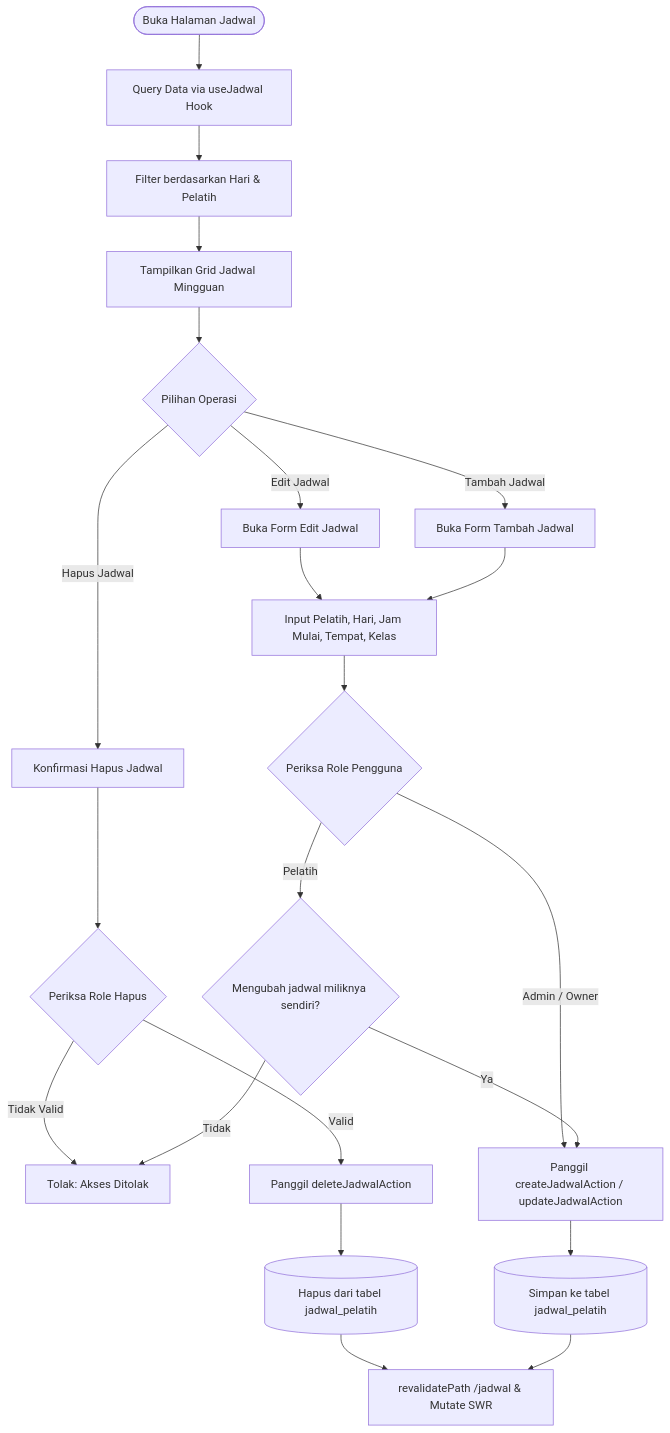
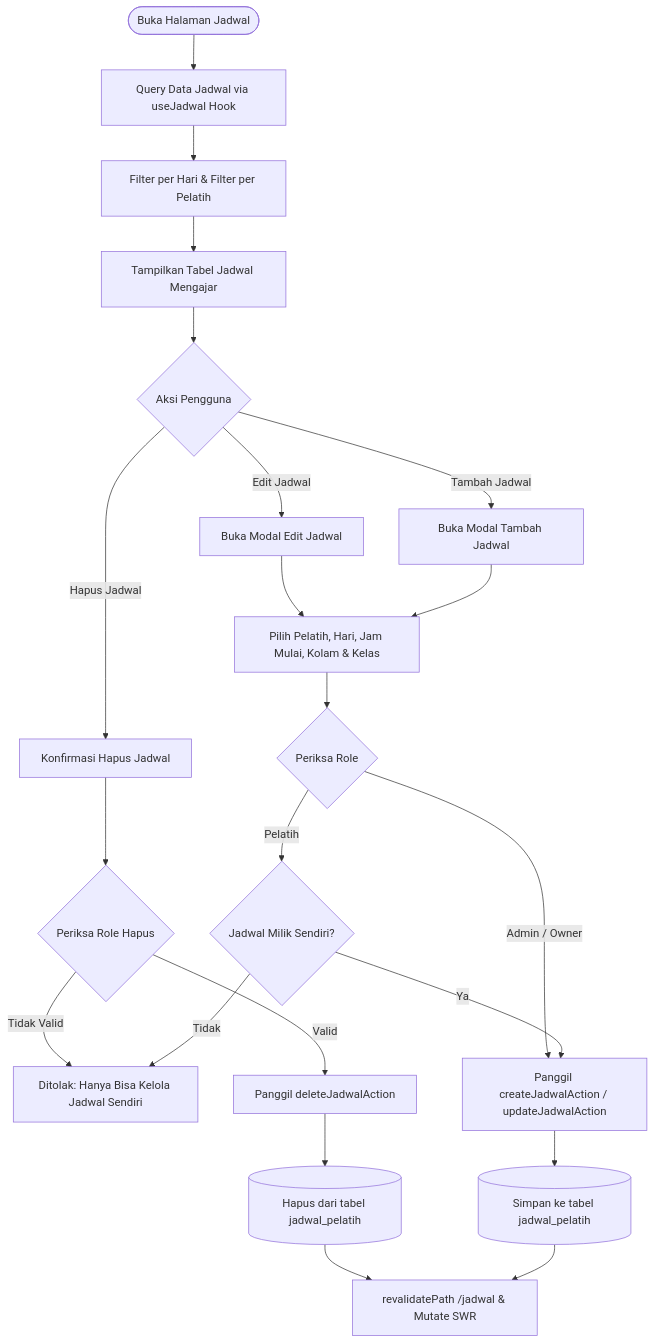
Before and after one commit to skmirwn24-hub/Projek-Kesit: the sixth of 9 diagrams in README.md, drawn with Mermaid. The commit also changed other lines of this file, not shown here.

Commit message:
docs: align flowcharts strictly with implemented features

````diff
--- a/README.md
+++ b/README.md
@@ -289,31 +298,31 @@
 ```mermaid
 flowchart TD
-    Start([Buka Halaman Jadwal]) --> LoadSchedule[Query Data via useJadwal Hook]
-    LoadSchedule --> FilterDayCoach[Filter berdasarkan Hari & Pelatih]
-    FilterDayCoach --> DisplayGrid[Tampilkan Grid Jadwal Mingguan]
+    Start([Buka Halaman Jadwal]) --> LoadData[Query Data Jadwal via useJadwal Hook]
+    LoadData --> FilterGrid[Filter per Hari & Filter per Pelatih]
+    FilterGrid --> DisplayGrid[Tampilkan Tabel Jadwal Mengajar]
     
-    DisplayGrid --> ScheduleAction{Pilihan Operasi}
+    DisplayGrid --> ChooseAction{Aksi Pengguna}
     
-    ScheduleAction -->|Tambah Jadwal| OpenAddModal[Buka Form Tambah Jadwal]
-    ScheduleAction -->|Edit Jadwal| OpenEditModal[Buka Form Edit Jadwal]
-    ScheduleAction -->|Hapus Jadwal| ConfirmDelete[Konfirmasi Hapus Jadwal]
+    ChooseAction -->|Tambah Jadwal| ModalAdd[Buka Modal Tambah Jadwal]
+    ChooseAction -->|Edit Jadwal| ModalEdit[Buka Modal Edit Jadwal]
+    ChooseAction -->|Hapus Jadwal| ConfirmDel[Konfirmasi Hapus Jadwal]
     
-    OpenAddModal --> FillSchedule[Input Pelatih, Hari, Jam Mulai, Tempat, Kelas]
-    OpenEditModal --> FillSchedule
+    ModalAdd --> FillData[Pilih Pelatih, Hari, Jam Mulai, Kolam & Kelas]
+    ModalEdit --> FillData
     
-    FillSchedule --> CheckAuth{Periksa Role Pengguna}
-    CheckAuth -->|Pelatih| CheckSelfCoach{Mengubah jadwal miliknya sendiri?}
-    CheckSelfCoach -- Tidak --> AccessDenied[Tolak: Akses Ditolak]
-    CheckSelfCoach -- Ya --> SaveScheduleAction[Panggil createJadwalAction / updateJadwalAction]
+    FillData --> RoleCheck{Periksa Role}
+    RoleCheck -->|Pelatih| CheckSelf{Jadwal Milik Sendiri?}
+    CheckSelf -- Tidak --> Deny[Ditolak: Hanya Bisa Kelola Jadwal Sendiri]
+    CheckSelf -- Ya --> ExecSave[Panggil createJadwalAction / updateJadwalAction]
     
-    CheckAuth -->|Admin / Owner| SaveScheduleAction
+    RoleCheck -->|Admin / Owner| ExecSave
     
-    ConfirmDelete --> CheckAuthDelete{Periksa Role Hapus}
-    CheckAuthDelete -->|Valid| ExecDeleteAction[Panggil deleteJadwalAction]
-    CheckAuthDelete -->|Tidak Valid| AccessDenied
+    ConfirmDel --> CheckDelRole{Periksa Role Hapus}
+    CheckDelRole -->|Valid| ExecDelete[Panggil deleteJadwalAction]
+    CheckDelRole -->|Tidak Valid| Deny
     
-    SaveScheduleAction --> SaveScheduleDB[(Simpan ke tabel jadwal_pelatih)]
-    ExecDeleteAction --> DeleteScheduleDB[(Hapus dari tabel jadwal_pelatih)]
-    SaveScheduleDB --> RevalidateJadwal[revalidatePath /jadwal & Mutate SWR]
-    DeleteScheduleDB --> RevalidateJadwal
+    ExecSave --> SaveDB[(Simpan ke tabel jadwal_pelatih)]
+    ExecDelete --> DeleteDB[(Hapus dari tabel jadwal_pelatih)]
+    SaveDB --> Revalidate[revalidatePath /jadwal & Mutate SWR]
+    DeleteDB --> Revalidate
 ```
````
